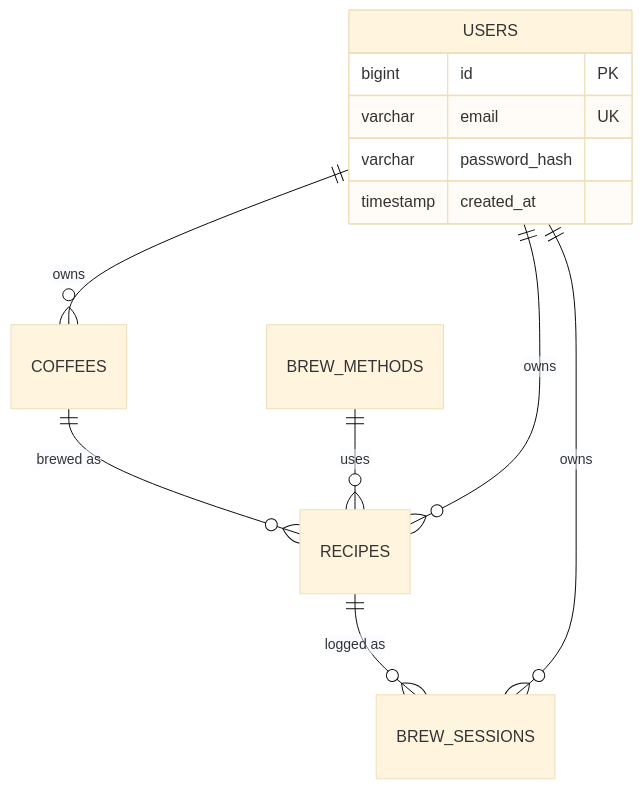
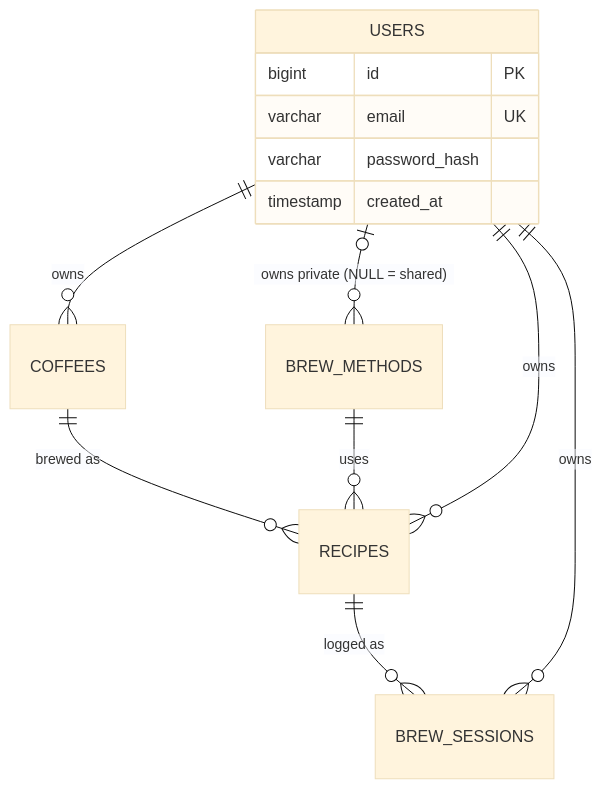
One commit to JuanMelendres/brewdeck changed the diagram in docs/architecture/database-design.md. Above: the diagram before and after it, drawn with Mermaid (base theme). The commit also changed other lines of this file and 18 other files, not shown here.

````diff
--- a/docs/architecture/database-design.md
+++ b/docs/architecture/database-design.md
@@ -19,15 +29,16 @@
 ```mermaid
 erDiagram
   COFFEES ||--o{ RECIPES : "brewed as"
   BREW_METHODS ||--o{ RECIPES : "uses"
   RECIPES ||--o{ BREW_SESSIONS : "logged as"
   USERS ||--o{ COFFEES : "owns"
   USERS ||--o{ RECIPES : "owns"
   USERS ||--o{ BREW_SESSIONS : "owns"
+  USERS |o--o{ BREW_METHODS : "owns private (NULL = shared)"
   USERS {
     bigint id PK
     varchar email UK
     varchar password_hash
     timestamp created_at
   }
 ```
````
